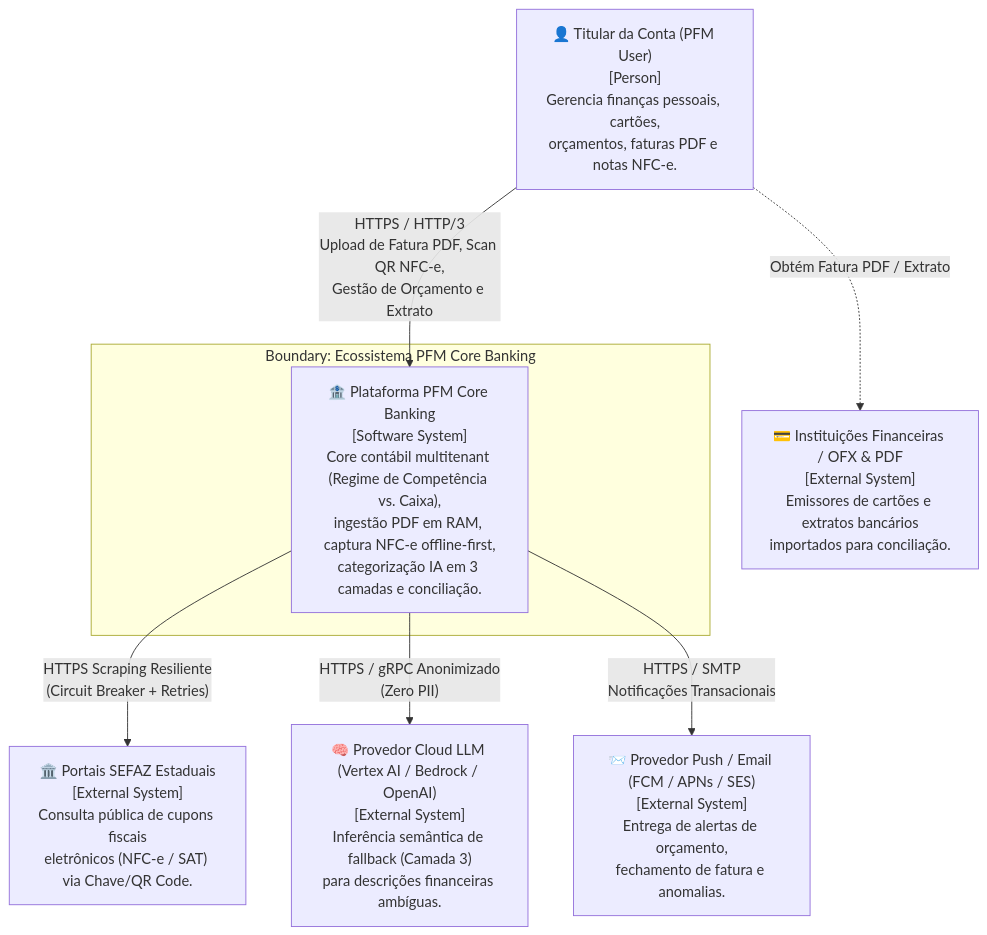
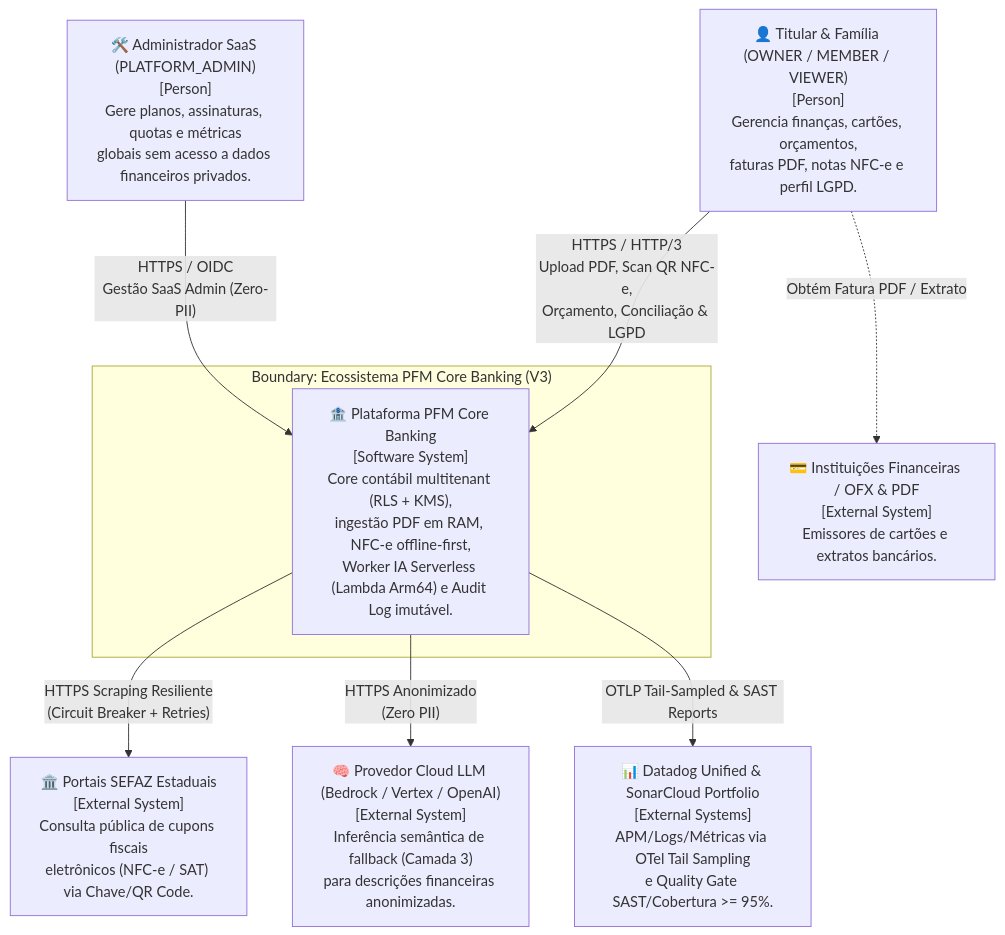
One commit to Sorobanerp/pfm-docs changed the first of 4 diagrams in docs/architecture/c4-model.md. Above: the diagram before and after it, drawn with Mermaid. The commit also changed other lines of this file and 8 other files, not shown here.

Commit message:
docs(v3): evolve architecture, FinOps, serverless AI and governance to V3.0

````diff
--- a/docs/architecture/c4-model.md
+++ b/docs/architecture/c4-model.md
@@ -11,19 +11,21 @@
 ```mermaid
 flowchart TB
-    USER["👤 Titular da Conta (PFM User)<br/>[Person]<br/>Gerencia finanças pessoais, cartões,<br/>orçamentos, faturas PDF e notas NFC-e."]
+    USER["👤 Titular & Família (OWNER / MEMBER / VIEWER)<br/>[Person]<br/>Gerencia finanças, cartões, orçamentos,<br/>faturas PDF, notas NFC-e e perfil LGPD."]
+    ADMIN["🛠️ Administrador SaaS (PLATFORM_ADMIN)<br/>[Person]<br/>Gere planos, assinaturas, quotas e métricas<br/>globais sem acesso a dados financeiros privados."]
 
-    subgraph Enterprise["Boundary: Ecossistema PFM Core Banking"]
-        PFM["🏦 Plataforma PFM Core Banking<br/>[Software System]<br/>Core contábil multitenant (Regime de Competência vs. Caixa),<br/>ingestão PDF em RAM, captura NFC-e offline-first,<br/>categorização IA em 3 camadas e conciliação."]
+    subgraph Enterprise["Boundary: Ecossistema PFM Core Banking (V3)"]
+        PFM["🏦 Plataforma PFM Core Banking<br/>[Software System]<br/>Core contábil multitenant (RLS + KMS),<br/>ingestão PDF em RAM, NFC-e offline-first,<br/>Worker IA Serverless (Lambda Arm64) e Audit Log imutável."]
     end
 
     SEFAZ["🏛️ Portais SEFAZ Estaduais<br/>[External System]<br/>Consulta pública de cupons fiscais<br/>eletrônicos (NFC-e / SAT) via Chave/QR Code."]
-    LLM["🧠 Provedor Cloud LLM (Vertex AI / Bedrock / OpenAI)<br/>[External System]<br/>Inferência semântica de fallback (Camada 3)<br/>para descrições financeiras ambíguas."]
-    OPENFIN["💳 Instituições Financeiras / OFX & PDF<br/>[External System]<br/>Emissores de cartões e extratos bancários<br/>importados para conciliação."]
-    PUSH["📨 Provedor Push / Email (FCM / APNs / SES)<br/>[External System]<br/>Entrega de alertas de orçamento,<br/>fechamento de fatura e anomalias."]
+    LLM["🧠 Provedor Cloud LLM (Bedrock / Vertex / OpenAI)<br/>[External System]<br/>Inferência semântica de fallback (Camada 3)<br/>para descrições financeiras anonimizadas."]
+    OPENFIN["💳 Instituições Financeiras / OFX & PDF<br/>[External System]<br/>Emissores de cartões e extratos bancários."]
+    OBS["📊 Datadog Unified & SonarCloud Portfolio<br/>[External Systems]<br/>APM/Logs/Métricas via OTel Tail Sampling<br/>e Quality Gate SAST/Cobertura >= 95%."]
 
-    USER -->|"HTTPS / HTTP/3<br/>Upload de Fatura PDF, Scan QR NFC-e,<br/>Gestão de Orçamento e Extrato"| PFM
+    USER -->|"HTTPS / HTTP/3<br/>Upload PDF, Scan QR NFC-e,<br/>Orçamento, Conciliação & LGPD"| PFM
+    ADMIN -->|"HTTPS / OIDC<br/>Gestão SaaS Admin (Zero-PII)"| PFM
     PFM -->|"HTTPS Scraping Resiliente<br/>(Circuit Breaker + Retries)"| SEFAZ
-    PFM -->|"HTTPS / gRPC Anonimizado<br/>(Zero PII)"| LLM
+    PFM -->|"HTTPS Anonimizado<br/>(Zero PII)"| LLM
     USER -.->|"Obtém Fatura PDF / Extrato"| OPENFIN
-    PFM -->|"HTTPS / SMTP<br/>Notificações Transacionais"| PUSH
+    PFM -->|"OTLP Tail-Sampled & SAST Reports"| OBS
 ```
````
